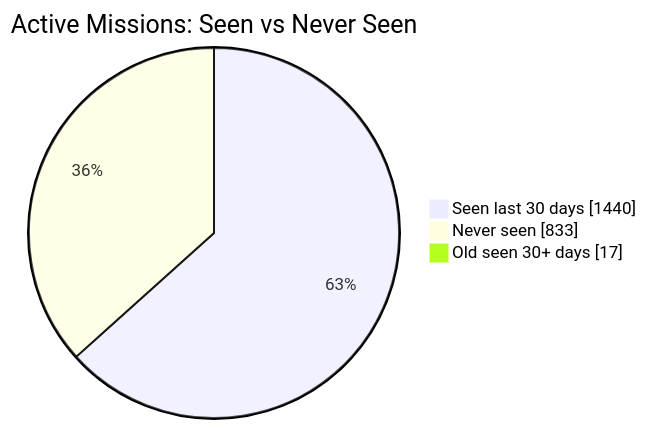
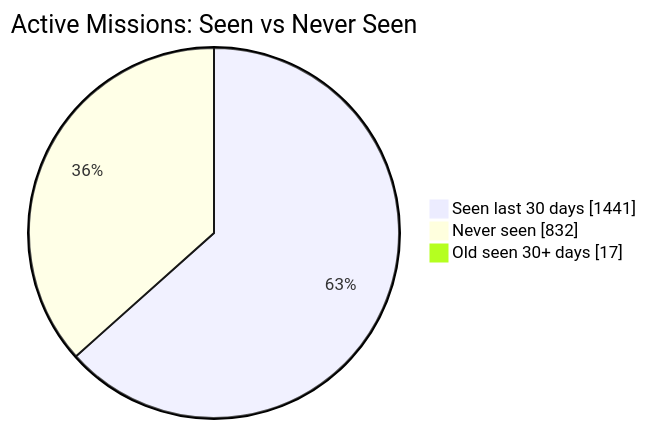
Before and after one commit to MeldkamerspelGameTeam/active-missions: the first of 2 diagrams in README.md, drawn with Mermaid. The commit also changed other lines of this file and 2 other files, not shown here.

````diff
--- a/README.md
+++ b/README.md
@@ -34,7 +34,7 @@
 ```mermaid
 pie showData
     title Active Missions: Seen vs Never Seen
-    "Seen last 30 days" : 1440
-    "Never seen" : 833
+    "Seen last 30 days" : 1441
+    "Never seen" : 832
     "Old seen 30+ days" : 17
 ```
````
